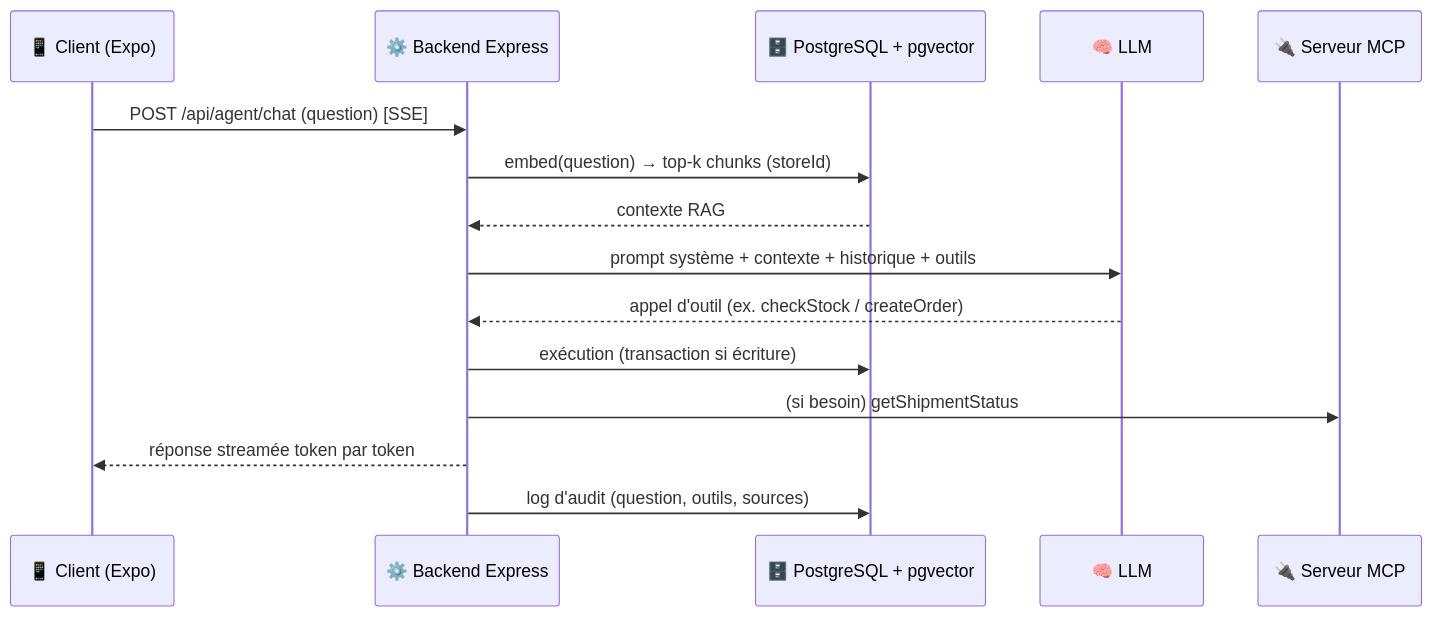
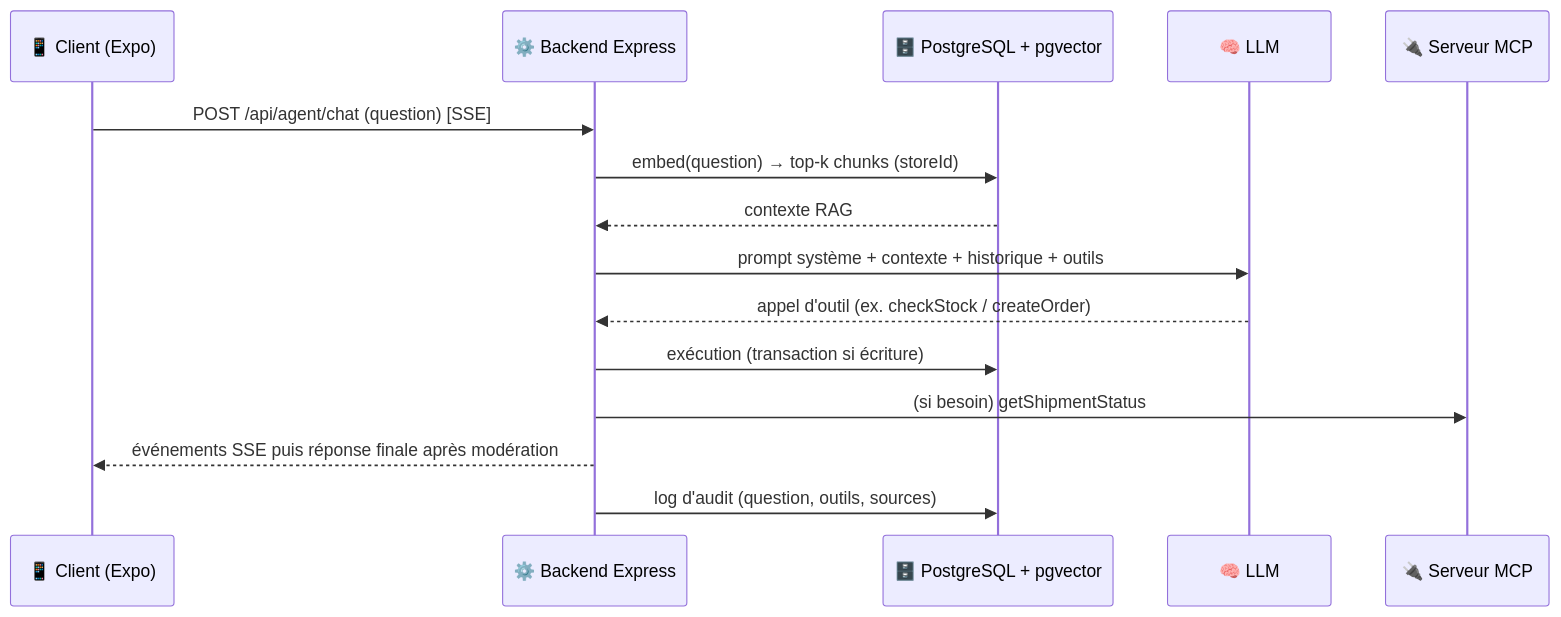
One commit to omartkd7/Shopmates.Ai changed the first of 3 diagrams in README.md. Above: the diagram before and after it, drawn with Mermaid. The commit also changed other lines of this file and 9 other files, not shown here.

````diff
--- a/README.md
+++ b/README.md
@@ -201,18 +201,18 @@
 ```mermaid
 sequenceDiagram
     participant U as 📱 Client (Expo)
     participant API as ⚙️ Backend Express
     participant DB as 🗄️ PostgreSQL + pgvector
     participant LLM as 🧠 LLM
     participant MCP as 🔌 Serveur MCP
 
     U->>API: POST /api/agent/chat (question) [SSE]
     API->>DB: embed(question) → top-k chunks (storeId)
     DB-->>API: contexte RAG
     API->>LLM: prompt système + contexte + historique + outils
     LLM-->>API: appel d'outil (ex. checkStock / createOrder)
     API->>DB: exécution (transaction si écriture)
     API->>MCP: (si besoin) getShipmentStatus
-    API-->>U: réponse streamée token par token
+    API-->>U: événements SSE puis réponse finale après modération
     API->>DB: log d'audit (question, outils, sources)
 ```
````
